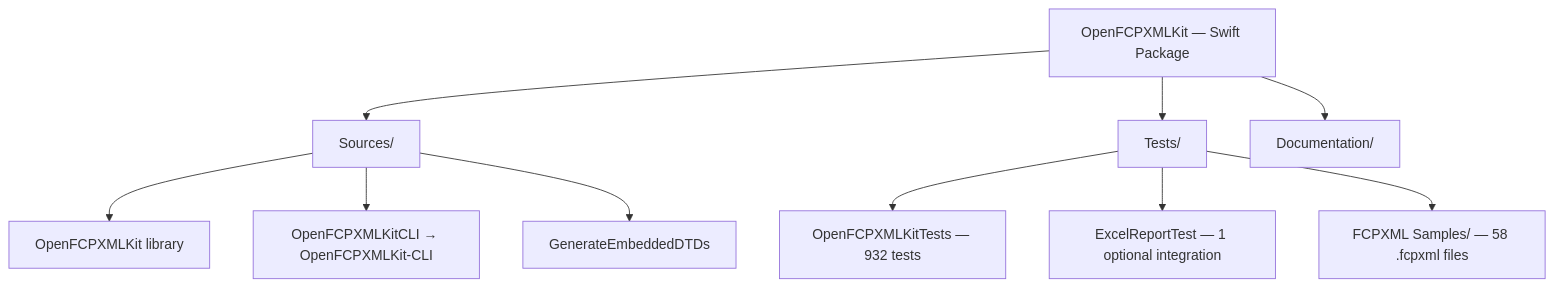
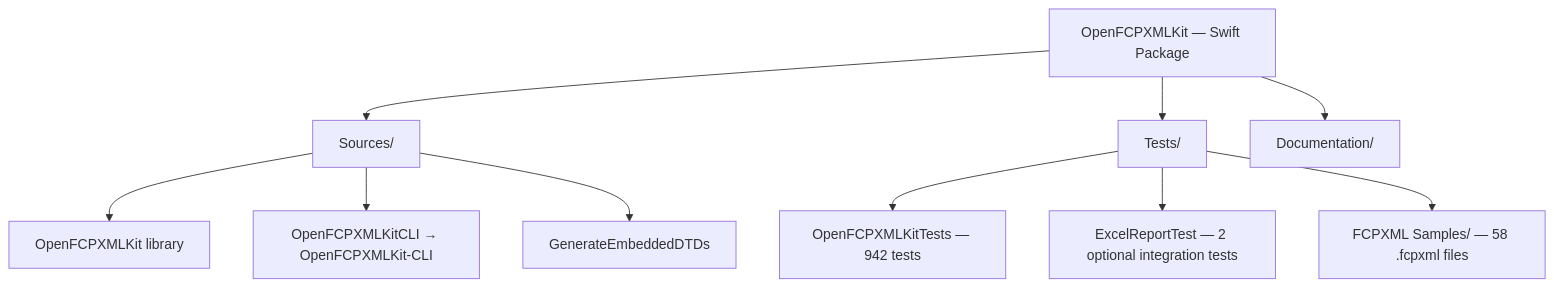
One commit to TheAcharya/OpenFCPXMLKit changed the first of 4 diagrams in ARCHITECTURE.md. Above: the diagram before and after it, drawn with Mermaid. The commit also changed other lines of this file and 22 other files, not shown here.

````diff
--- a/ARCHITECTURE.md
+++ b/ARCHITECTURE.md
@@ -151,16 +153,16 @@
 ```mermaid
 flowchart TB
     Pkg["OpenFCPXMLKit — Swift Package"]
 
     Pkg --> SRC["Sources/"]
     Pkg --> TST["Tests/"]
     Pkg --> DOC["Documentation/"]
 
     SRC --> LIB["OpenFCPXMLKit library"]
     SRC --> CLI["OpenFCPXMLKitCLI → OpenFCPXMLKit-CLI"]
     SRC --> GEN["GenerateEmbeddedDTDs"]
 
-    TST --> OKT["OpenFCPXMLKitTests — 932 tests"]
-    TST --> ERT["ExcelReportTest — 1 optional integration"]
+    TST --> OKT["OpenFCPXMLKitTests — 942 tests"]
+    TST --> ERT["ExcelReportTest — 2 optional integration tests"]
     TST --> SMP["FCPXML Samples/ — 58 .fcpxml files"]
 ```
````
